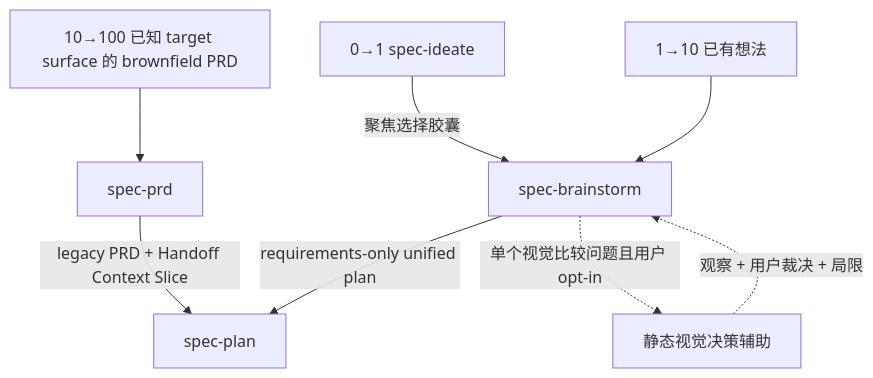
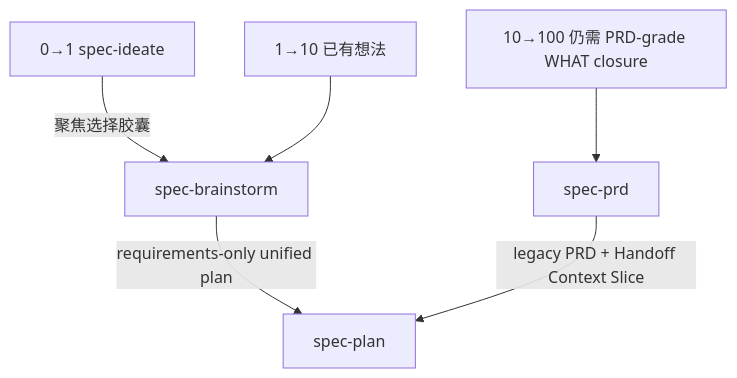
Before and after one commit to leo-kuang-ai/spec-first: the first of 3 diagrams in docs/plans/2026-07-11-003-refactor-requirements-clarification-skills-integration-plan.md, drawn with Mermaid. The commit also changed other lines of this file and 7 other files, not shown here.

````diff
--- a/docs/plans/2026-07-11-003-refactor-requirements-clarification-skills-integration-plan.md
+++ b/docs/plans/2026-07-11-003-refactor-requirements-clarification-skills-integration-plan.md
@@ -34,10 +34,8 @@
 ```mermaid
 flowchart TB
   I[0→1 spec-ideate] -->|聚焦选择胶囊| B[spec-brainstorm]
   D[1→10 已有想法] --> B
   B -->|requirements-only unified plan| P[spec-plan]
-  R[10→100 已知 target surface 的 brownfield PRD] --> Q[spec-prd]
+  R[10→100 仍需 PRD-grade WHAT closure] --> Q[spec-prd]
   Q -->|legacy PRD + Handoff Context Slice| P
-  B -. 单个视觉比较问题且用户 opt-in .-> V[静态视觉决策辅助]
-  V -. 观察 + 用户裁决 + 局限 .-> B
 ```
````
